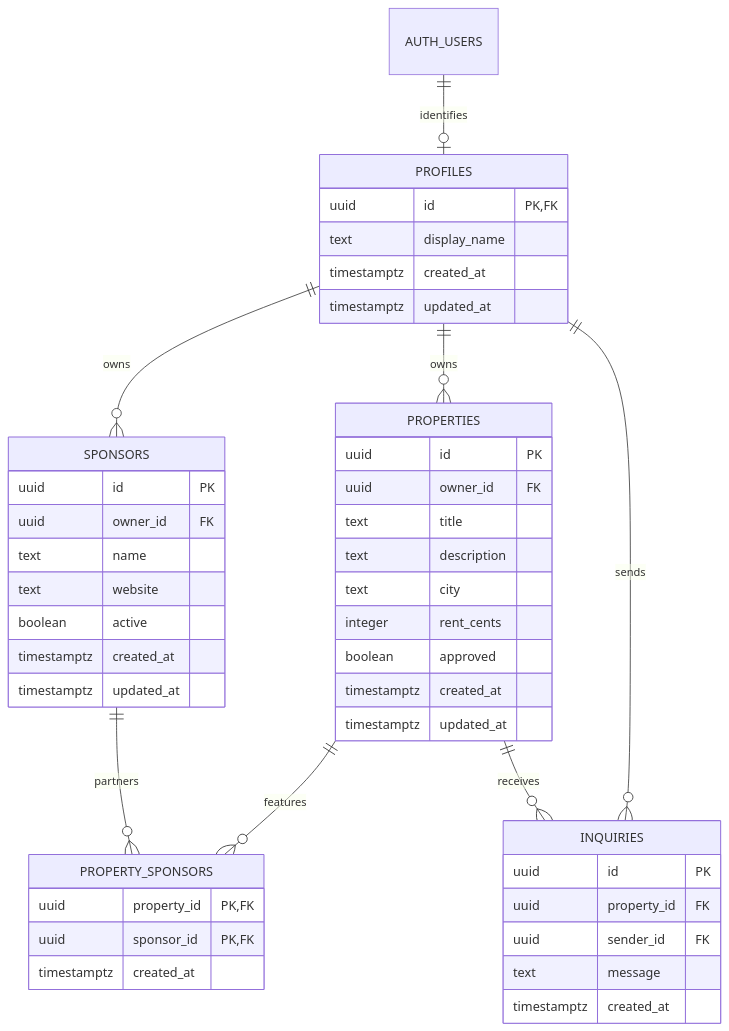
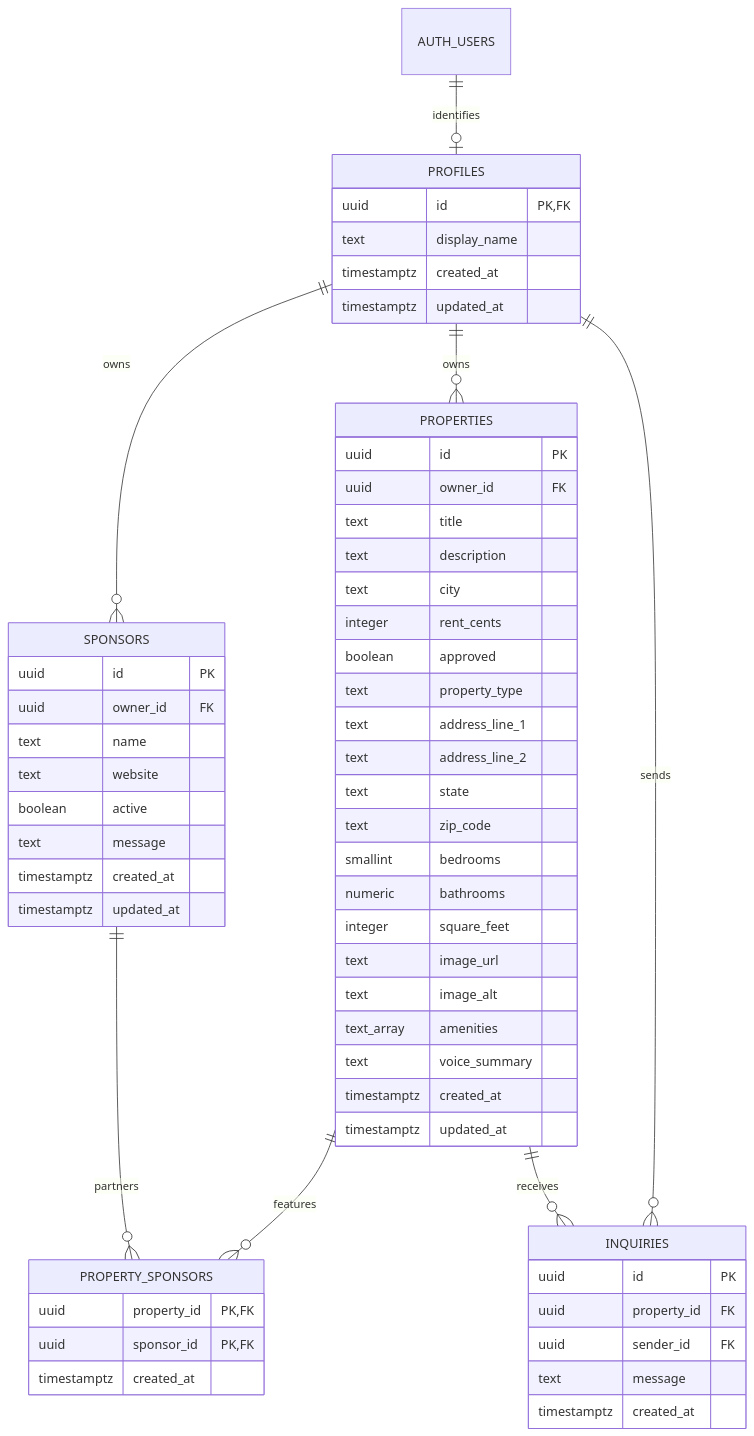
One commit to byteboss22/cis3610-capstone-beacon changed the diagram in docs/lab-database/schema-review.md. Above: the diagram before and after it, drawn with Mermaid. The commit also changed other lines of this file and 60 other files, not shown here.

````diff
--- a/docs/lab-database/schema-review.md
+++ b/docs/lab-database/schema-review.md
@@ -3,48 +3,61 @@
 ```mermaid
 erDiagram
   AUTH_USERS ||--o| PROFILES : identifies
   PROFILES ||--o{ PROPERTIES : owns
   PROFILES ||--o{ SPONSORS : owns
   PROFILES ||--o{ INQUIRIES : sends
   PROPERTIES ||--o{ PROPERTY_SPONSORS : features
   SPONSORS ||--o{ PROPERTY_SPONSORS : partners
   PROPERTIES ||--o{ INQUIRIES : receives
   PROFILES {
     uuid id PK,FK
     text display_name
     timestamptz created_at
     timestamptz updated_at
   }
   PROPERTIES {
     uuid id PK
     uuid owner_id FK
     text title
     text description
     text city
     integer rent_cents
     boolean approved
+    text property_type
+    text address_line_1
+    text address_line_2
+    text state
+    text zip_code
+    smallint bedrooms
+    numeric bathrooms
+    integer square_feet
+    text image_url
+    text image_alt
+    text_array amenities
+    text voice_summary
     timestamptz created_at
     timestamptz updated_at
   }
   SPONSORS {
     uuid id PK
     uuid owner_id FK
     text name
     text website
     boolean active
+    text message
     timestamptz created_at
     timestamptz updated_at
   }
   PROPERTY_SPONSORS {
     uuid property_id PK,FK
     uuid sponsor_id PK,FK
     timestamptz created_at
   }
   INQUIRIES {
     uuid id PK
     uuid property_id FK
     uuid sender_id FK
     text message
     timestamptz created_at
   }
 ```
````
